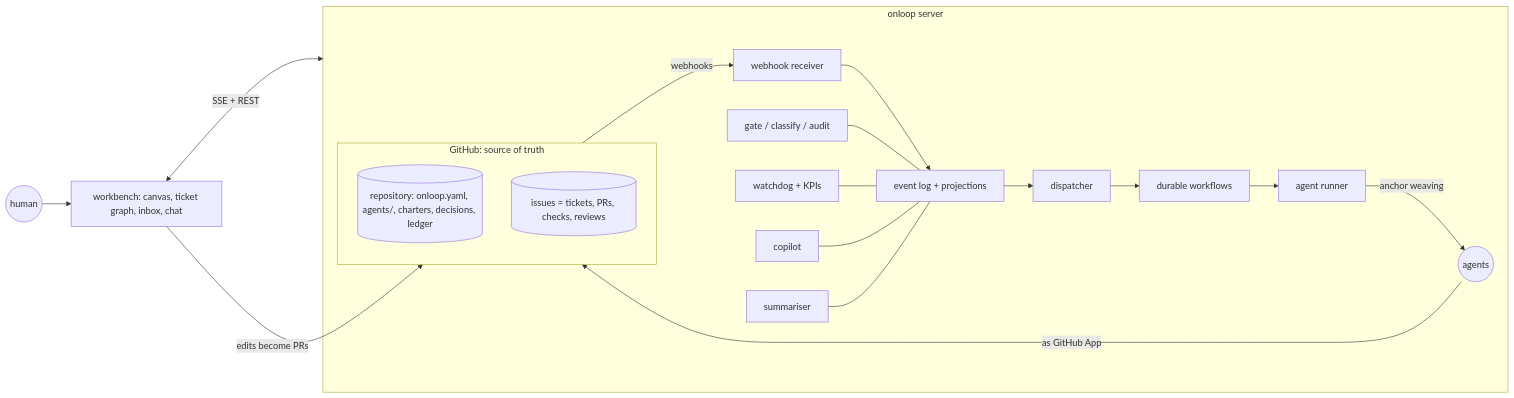
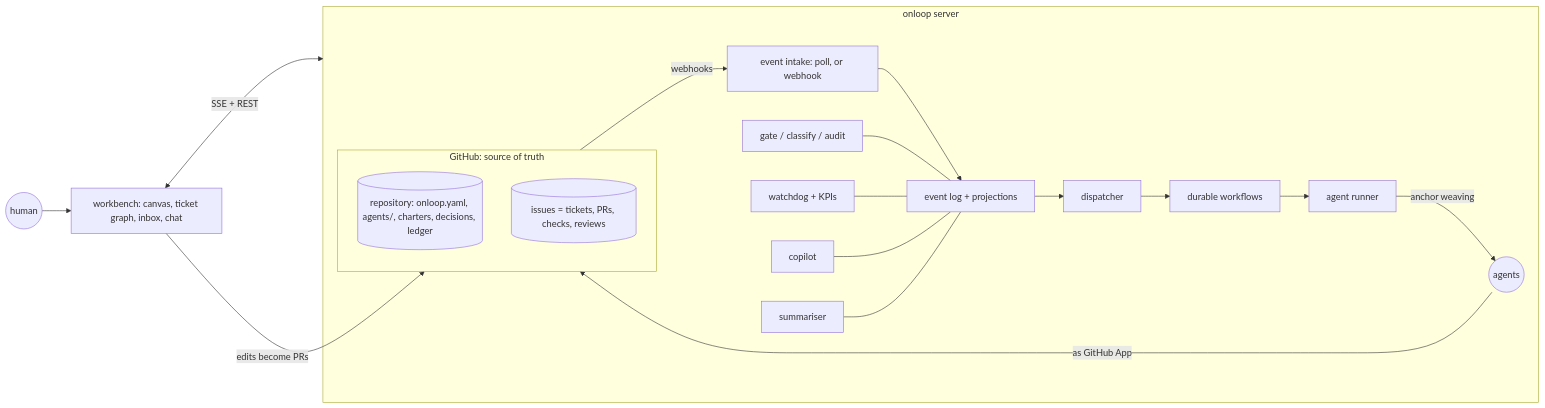
One commit to Zhihua-Zhong/onloop changed the diagram in docs/design/architecture.md. Above: the diagram before and after it, drawn with Mermaid. The commit also changed other lines of this file, not shown here.

Commit message:
Revise the architecture after the team review: slots first, trust surfaces, merge train, lighter core

````diff
--- a/docs/design/architecture.md
+++ b/docs/design/architecture.md
@@ -48,23 +51,23 @@
 ```mermaid
 flowchart LR
   subgraph GH[GitHub: source of truth]
     R[(repository: onloop.yaml, agents/, charters, decisions, ledger)]
     I[(issues = tickets, PRs, checks, reviews)]
   end
   subgraph Core[onloop server]
-    WH[webhook receiver] --> BUS[event log + projections]
+    WH[event intake: poll, or webhook] --> BUS[event log + projections]
     BUS --> DSP[dispatcher]
     DSP --> ORC[durable workflows]
     ORC --> RUN[agent runner]
     RUN -->|anchor weaving| AG((agents))
     AG -->|as GitHub App| GH
     GATE[gate / classify / audit] --- BUS
     WD[watchdog + KPIs] --- BUS
     COP[copilot] --- BUS
     SUM[summariser] --- BUS
   end
   UI[workbench: canvas, ticket graph, inbox, chat] <-->|SSE + REST| Core
   UI -->|edits become PRs| GH
   GH -->|webhooks| WH
   H((human)) --> UI
 ```
````
